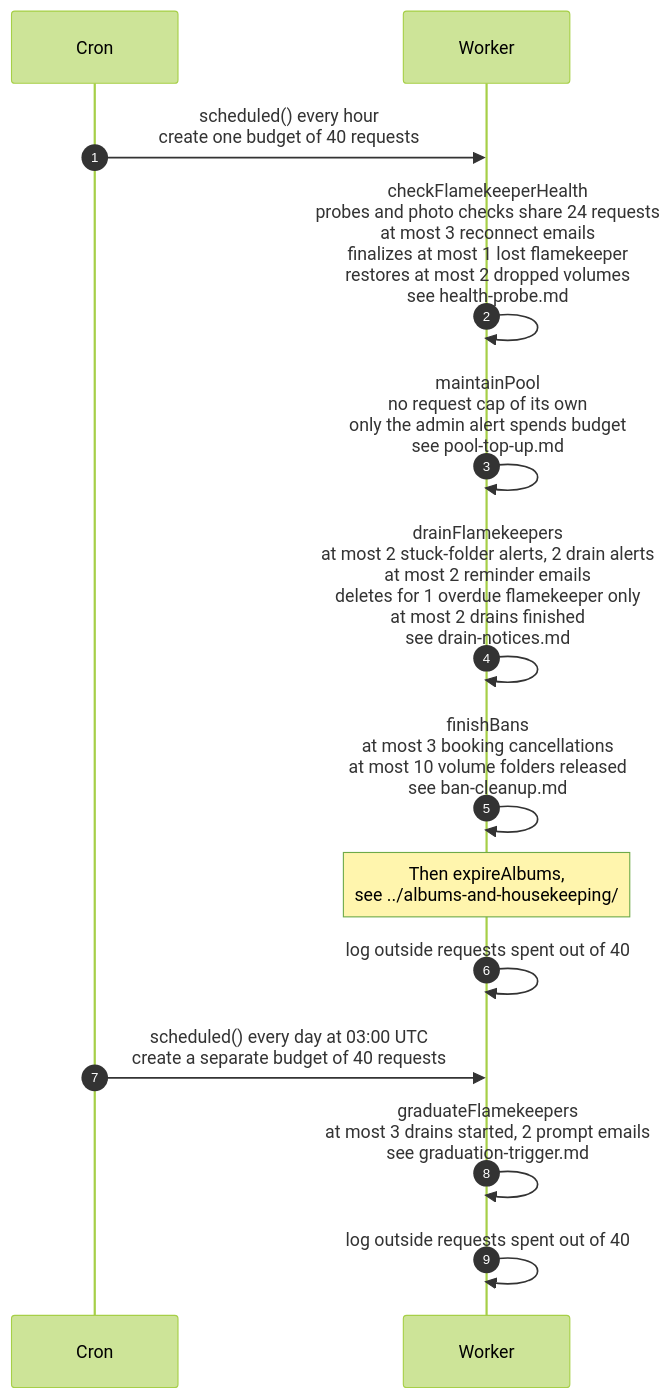
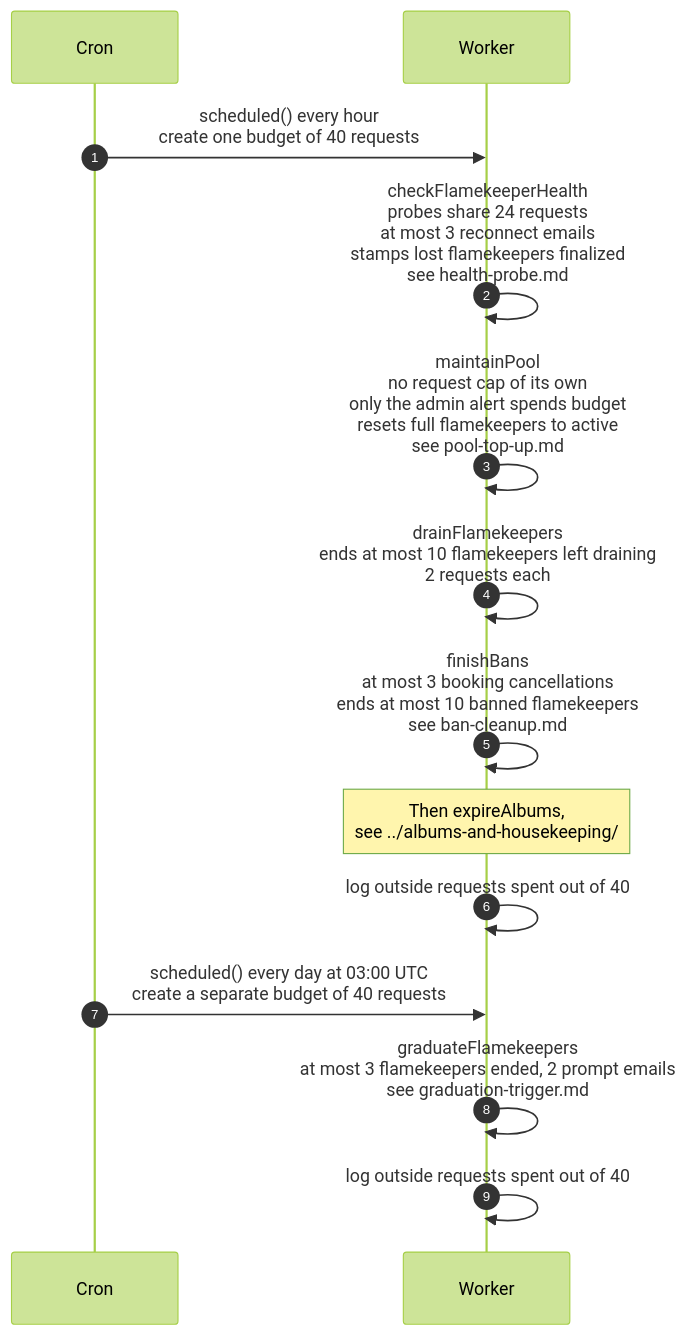
The diagram in docs/scenarios/cron/flamekeepers/steps-and-limits.md (sagyzdop/meriksirat), drawn with Mermaid (forest theme) before and after one commit. The commit also changed other lines of this file and 74 other files, not shown here.

First line of the commit message:
feat(flamekeepers): retire placement, drain and relay code

````diff
--- a/docs/scenarios/cron/flamekeepers/steps-and-limits.md
+++ b/docs/scenarios/cron/flamekeepers/steps-and-limits.md
@@ -37,17 +38,17 @@
 ```mermaid
 sequenceDiagram
     autonumber
     participant Cron
     participant Worker
 
     Cron->>Worker: scheduled() every hour<br/>create one budget of 40 requests
-    Worker->>Worker: checkFlamekeeperHealth<br/>probes and photo checks share 24 requests<br/>at most 3 reconnect emails<br/>finalizes at most 1 lost flamekeeper<br/>restores at most 2 dropped volumes<br/>see health-probe.md
-    Worker->>Worker: maintainPool<br/>no request cap of its own<br/>only the admin alert spends budget<br/>see pool-top-up.md
-    Worker->>Worker: drainFlamekeepers<br/>at most 2 stuck-folder alerts, 2 drain alerts<br/>at most 2 reminder emails<br/>deletes for 1 overdue flamekeeper only<br/>at most 2 drains finished<br/>see drain-notices.md
-    Worker->>Worker: finishBans<br/>at most 3 booking cancellations<br/>at most 10 volume folders released<br/>see ban-cleanup.md
+    Worker->>Worker: checkFlamekeeperHealth<br/>probes share 24 requests<br/>at most 3 reconnect emails<br/>stamps lost flamekeepers finalized<br/>see health-probe.md
+    Worker->>Worker: maintainPool<br/>no request cap of its own<br/>only the admin alert spends budget<br/>resets full flamekeepers to active<br/>see pool-top-up.md
+    Worker->>Worker: drainFlamekeepers<br/>ends at most 10 flamekeepers left draining<br/>2 requests each
+    Worker->>Worker: finishBans<br/>at most 3 booking cancellations<br/>ends at most 10 banned flamekeepers<br/>see ban-cleanup.md
     Note over Worker: Then expireAlbums,<br/>see ../albums-and-housekeeping/
     Worker->>Worker: log outside requests spent out of 40
     Cron->>Worker: scheduled() every day at 03:00 UTC<br/>create a separate budget of 40 requests
-    Worker->>Worker: graduateFlamekeepers<br/>at most 3 drains started, 2 prompt emails<br/>see graduation-trigger.md
+    Worker->>Worker: graduateFlamekeepers<br/>at most 3 flamekeepers ended, 2 prompt emails<br/>see graduation-trigger.md
     Worker->>Worker: log outside requests spent out of 40
 ```
````
